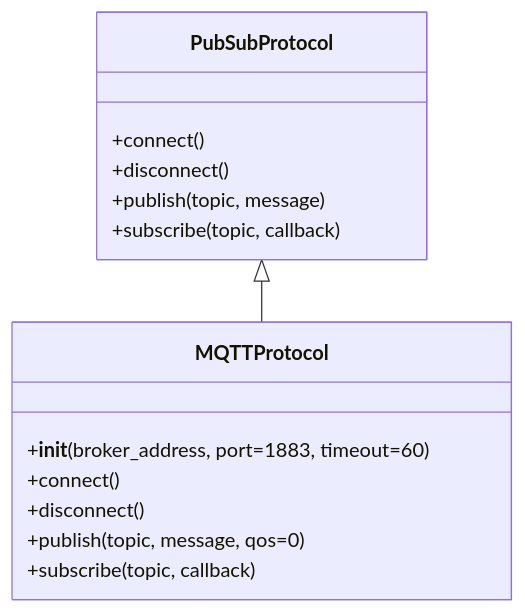
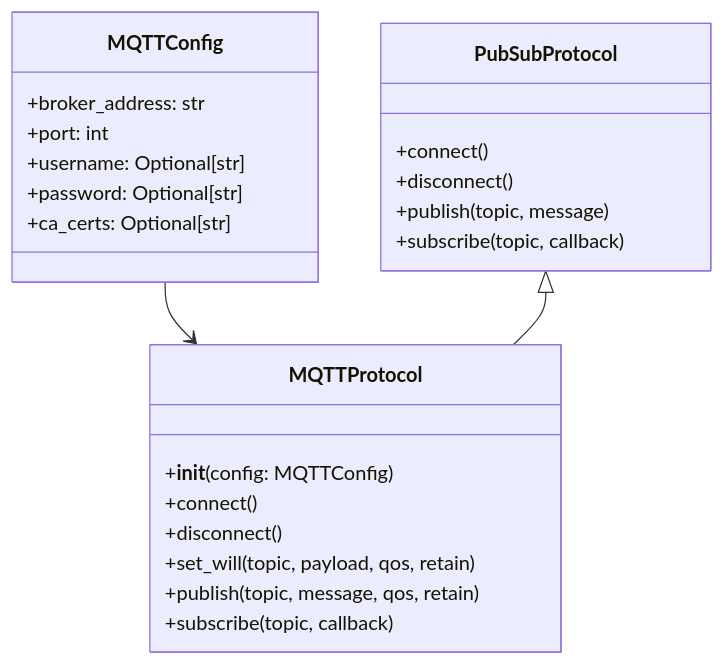
One commit to CREFLEINC/eq1_network changed the first of 2 diagrams in docs/mqtt_protocol.md. Above: the diagram before and after it, drawn with Mermaid. The commit also changed other lines of this file and 2 other files, not shown here.

````diff
--- a/docs/mqtt_protocol.md
+++ b/docs/mqtt_protocol.md
@@ -49,19 +93,30 @@
 ```mermaid
 classDiagram
     class PubSubProtocol {
       +connect()
       +disconnect()
       +publish(topic, message)
       +subscribe(topic, callback)
     }
 
+    class MQTTConfig {
+      +broker_address: str
+      +port: int
+      +username: Optional[str]
+      +password: Optional[str]
+      +ca_certs: Optional[str]
+    }
+    
     class MQTTProtocol {
-      +__init__(broker_address, port=1883, timeout=60)
+      +__init__(config: MQTTConfig)
       +connect()
       +disconnect()
-      +publish(topic, message, qos=0)
+      +set_will(topic, payload, qos, retain)
+      +publish(topic, message, qos, retain)
       +subscribe(topic, callback)
     }
+    
+    MQTTConfig --> MQTTProtocol
 
     PubSubProtocol <|-- MQTTProtocol
 ```
````
